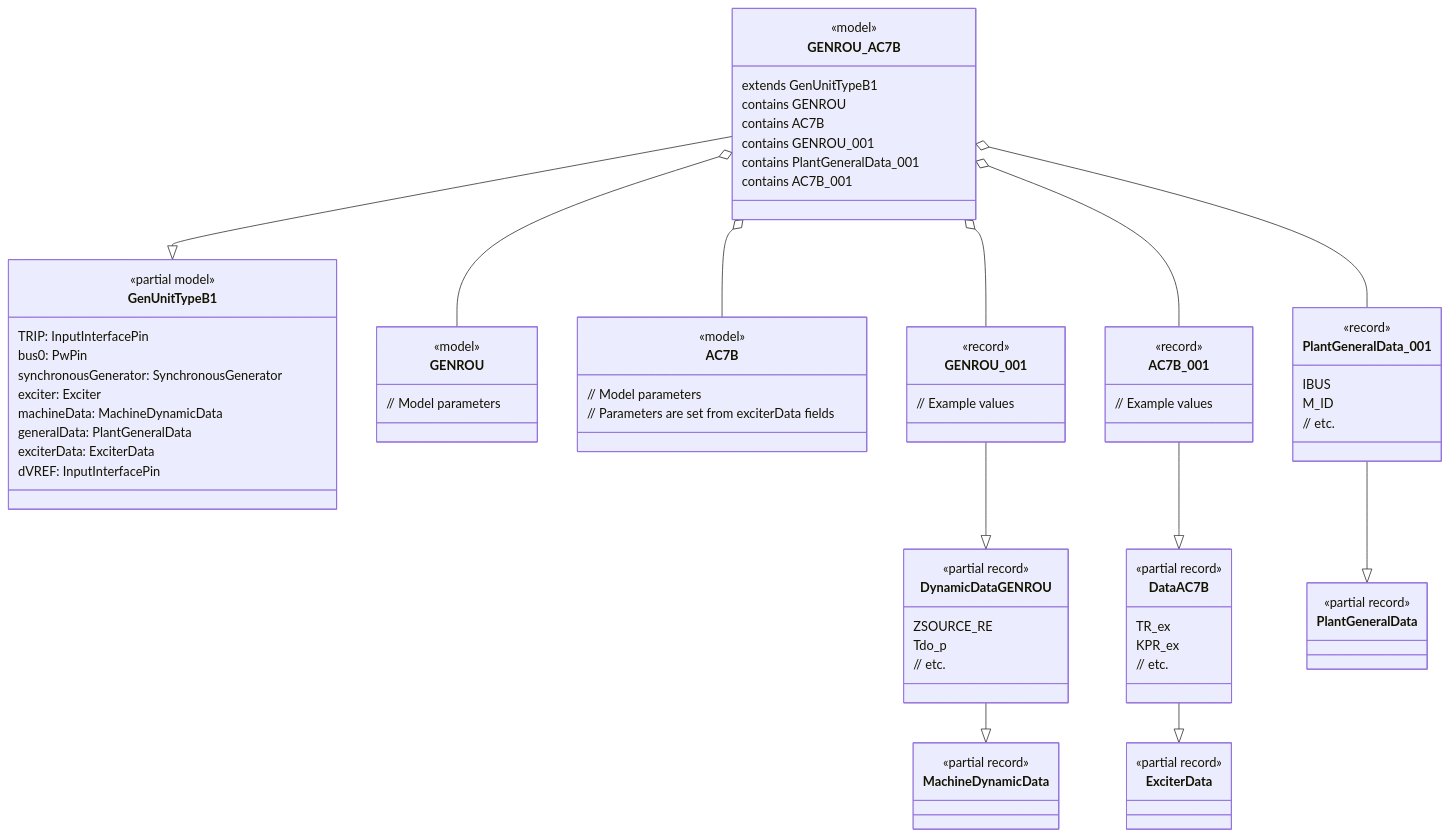
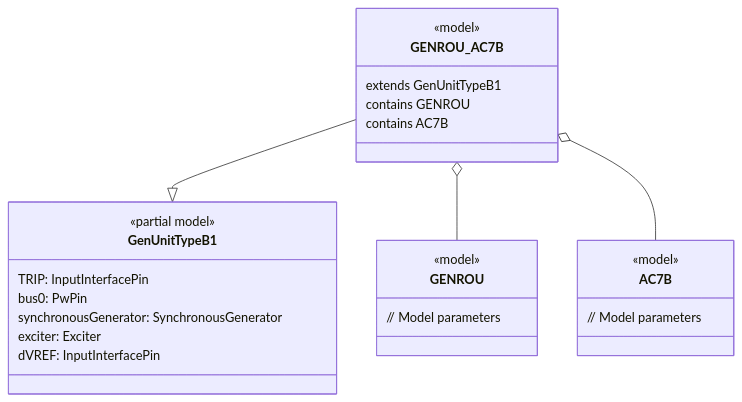
Before and after one commit to Opal-RT-Technologies/ephasorsim-modelica-library: the second of 3 diagrams in modelica/OpalRT/docs/TypeB.md, drawn with Mermaid. The commit also changed other lines of this file and 56 other files, not shown here.

````diff
--- a/modelica/OpalRT/docs/TypeB.md
+++ b/modelica/OpalRT/docs/TypeB.md
@@ -277,9 +113,6 @@
         bus0: PwPin
         synchronousGenerator: SynchronousGenerator
         exciter: Exciter
-        machineData: MachineDynamicData
-        generalData: PlantGeneralData
-        exciterData: ExciterData
         dVREF: InputInterfacePin
     }
 
@@ -293,46 +126,6 @@
     class AC7B {
         <<model>>
         // Model parameters
-        // Parameters are set from exciterData fields
-    }
-
-    %% Data Record Hierarchy
-    class ExciterData {
-        <<partial record>>
-    }
-    class DataAC7B {
-        <<partial record>>
-        TR_ex
-        KPR_ex
-        // etc.
-    }
-    class AC7B_001 {
-        <<record>>
-        // Example values
-    }
-
-    class MachineDynamicData {
-        <<partial record>>
-    }
-    class DynamicDataGENROU {
-        <<partial record>>
-        ZSOURCE_RE
-        Tdo_p
-        // etc.
-    }
-    class GENROU_001 {
-        <<record>>
-        // Example values
-    }
-
-    class PlantGeneralData {
-        <<partial record>>
-    }
-    class PlantGeneralData_001 {
-        <<record>>
-        IBUS
-        M_ID
-        // etc.
     }
 
     %% Concrete Generator Model
@@ -341,25 +134,10 @@
         extends GenUnitTypeB1
         contains GENROU
         contains AC7B
-        contains GENROU_001
-        contains PlantGeneralData_001
-        contains AC7B_001
     }
 
     %% Relationships
-    DataAC7B --|> ExciterData
-    AC7B_001 --|> DataAC7B
-    DynamicDataGENROU --|> MachineDynamicData
-    GENROU_001 --|> DynamicDataGENROU
-    PlantGeneralData_001 --|> PlantGeneralData
-
     GENROU_AC7B --|> GenUnitTypeB1
     GENROU_AC7B o-- GENROU
     GENROU_AC7B o-- AC7B
-    GENROU_AC7B o-- GENROU_001
-    GENROU_AC7B o-- PlantGeneralData_001
-    GENROU_AC7B o-- AC7B_001
-
-    %% Parameter mapping (comment for clarity)
-    %% AC7B parameters are set as: TR=exciterData.TR_ex, KPR=exciterData.KPR_ex, etc.
 ```
````
